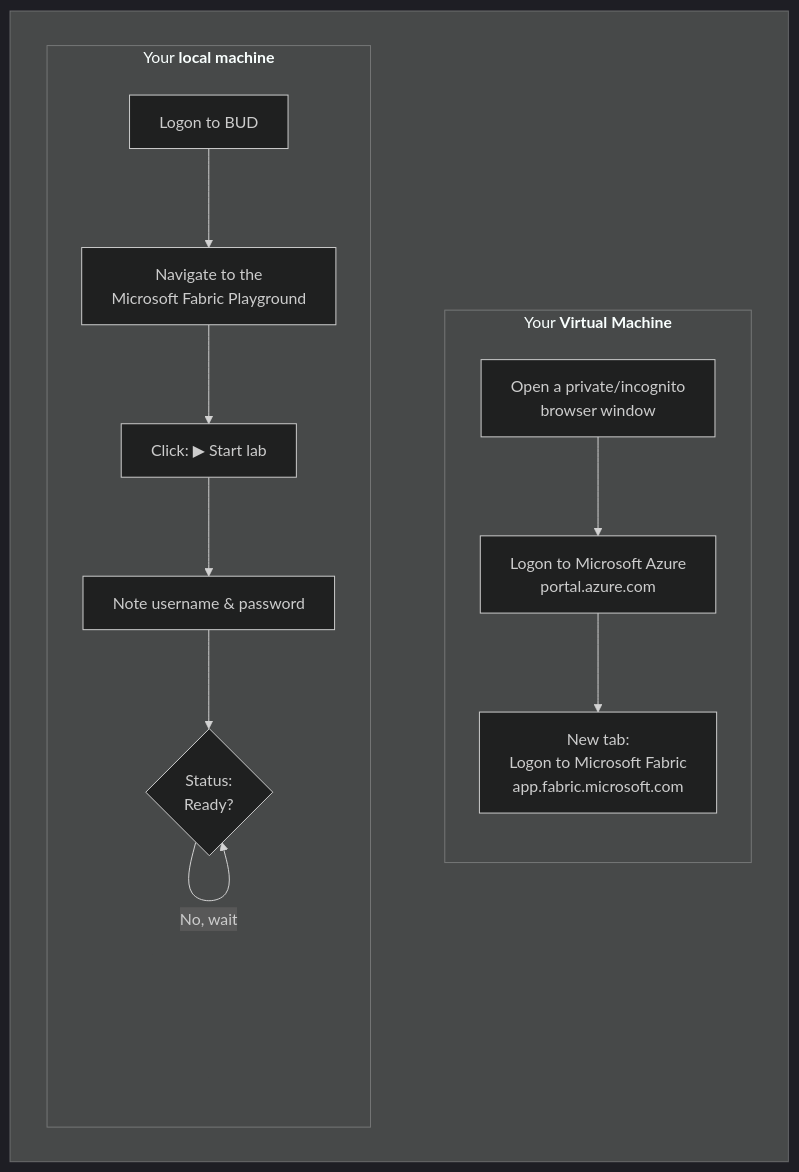
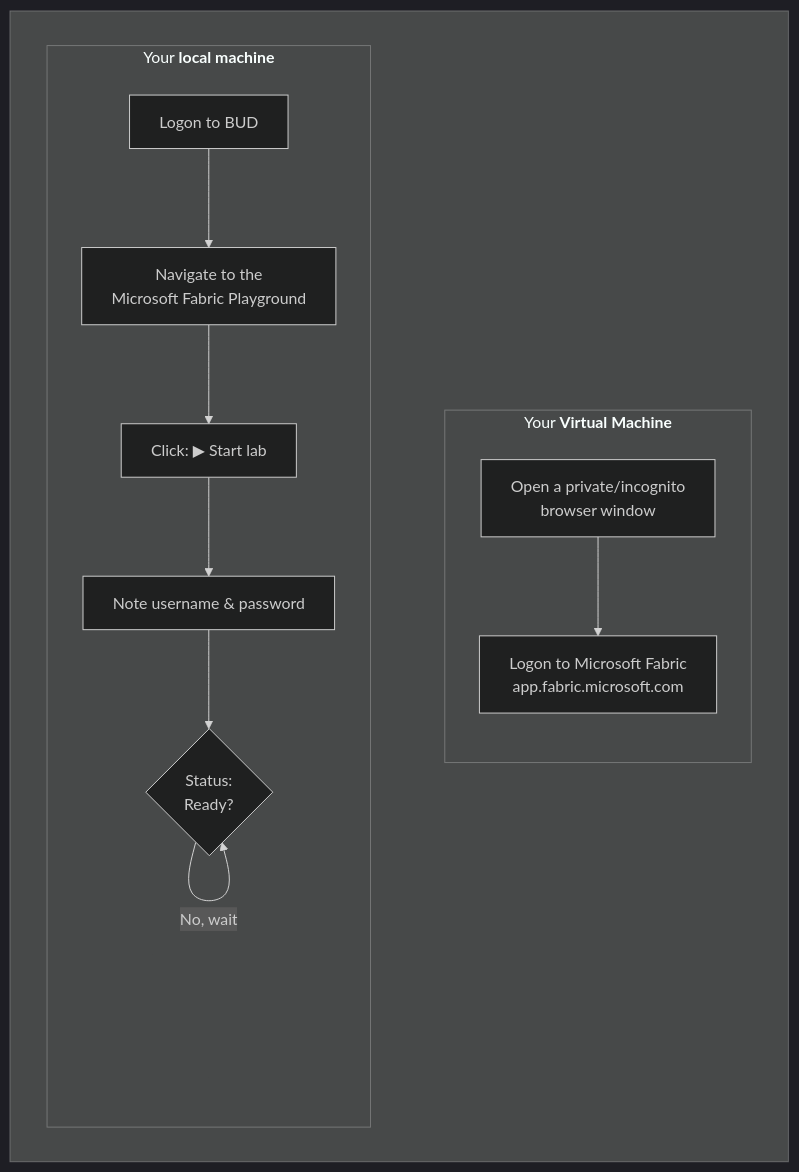
The diagram in docs/labs/run-inside-vm.md (qaalabs/DE5M3), drawn with Mermaid (dark theme) before and after one commit. The commit also changed other lines of this file and 2 other files, not shown here.

Commit message:
Update VM logon insructions

````diff
--- a/docs/labs/run-inside-vm.md
+++ b/docs/labs/run-inside-vm.md
@@ -7,28 +7,27 @@
 ```mermaid
 flowchart TD
     subgraph WRAPPER[" "]
         direction LR
         subgraph LOCAL["Your <b>local machine</b>"]
             direction TB
             A1["Logon to BUD"]
             A2["Navigate to the<br/>Microsoft Fabric Playground"]
             A3["Click: ▶ Start lab"]
             B["Note username & password"]
             C{"Status:<br/>Ready?"}
         end
 
         subgraph VM["Your <b>Virtual Machine</b>"]
             direction TB
             D["Open a private/incognito<br/>browser window"]
-            E["Logon to Microsoft Azure<br/>portal.azure.com"]
-            F["New tab:<br/>Logon to Microsoft Fabric<br/>app.fabric.microsoft.com"]
+            E["Logon to Microsoft Fabric<br/>app.fabric.microsoft.com"]
         end
 
         LOCAL ~~~ VM
     end
 
     A1 --> A2 --> A3 --> B --> C
     C -- No, wait --> C
 
-    D --> E --> F
+    D --> E
 ```
````
